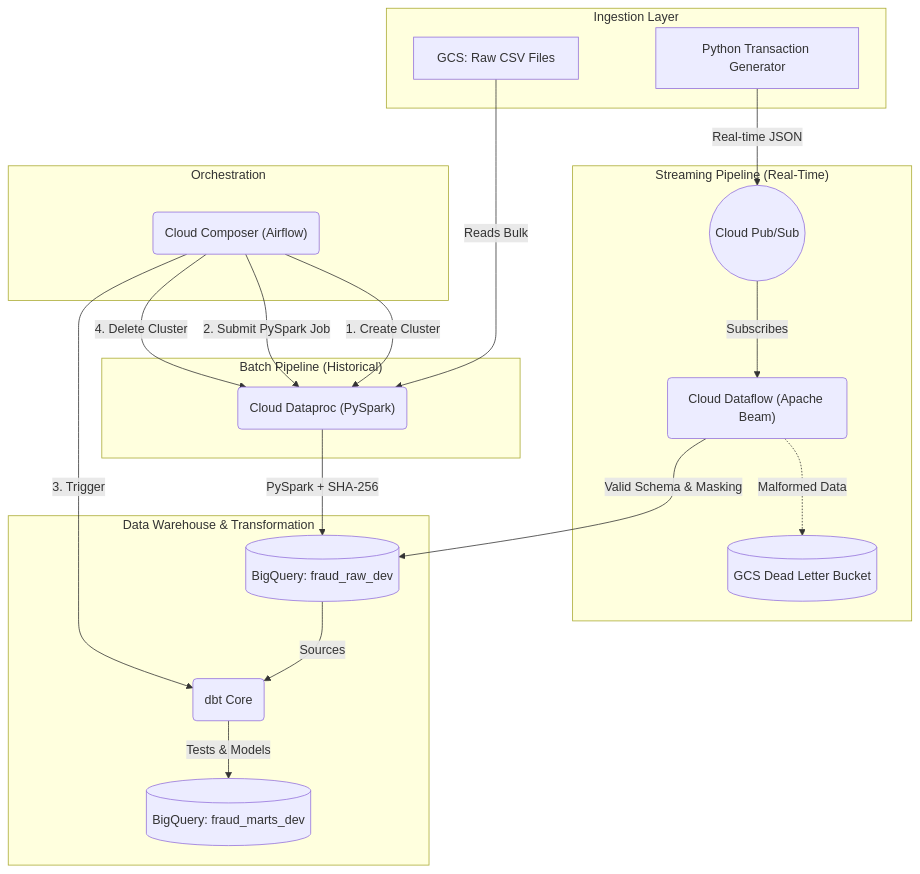
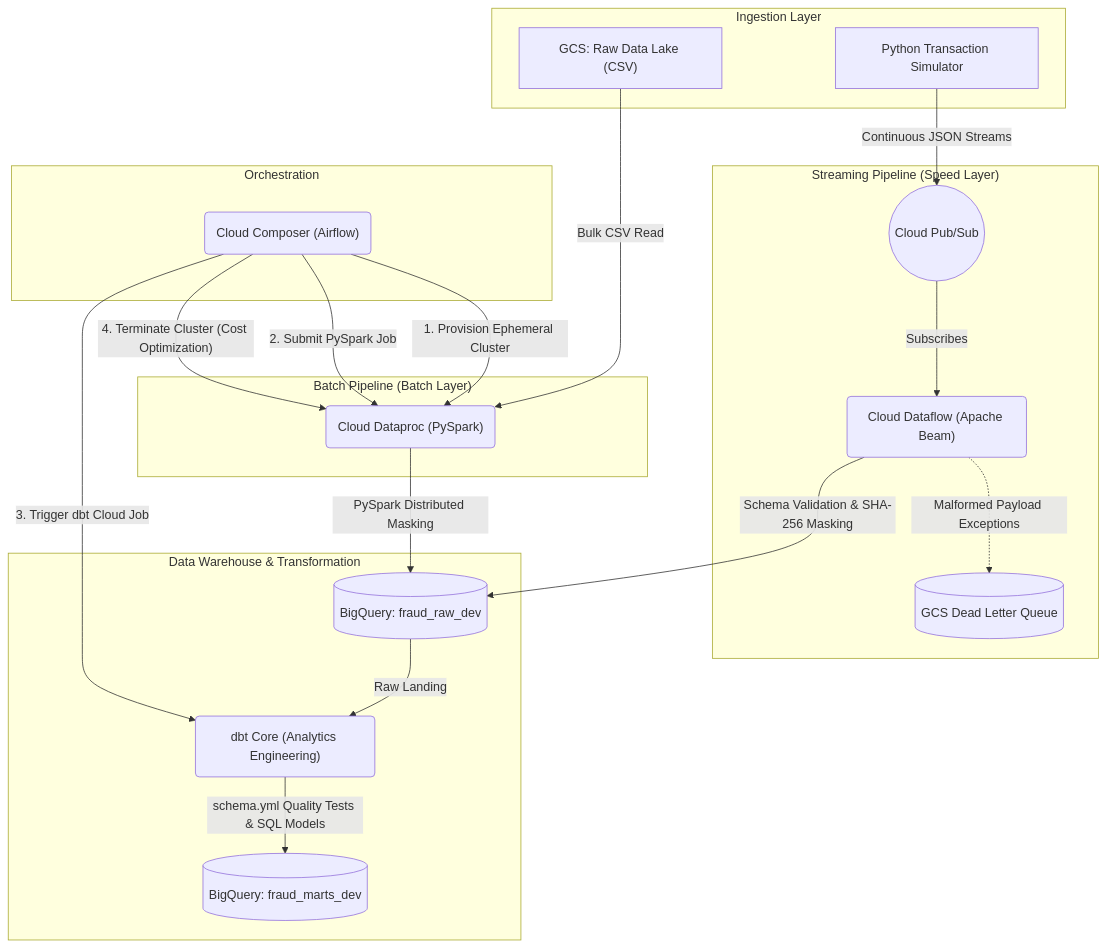
Before and after one commit to rishikesh199/gcp-fraud-detection-engine: the diagram in README.md, drawn with Mermaid. The commit also changed other lines of this file, not shown here.

````diff
--- a/README.md
+++ b/README.md
@@ -7,43 +14,43 @@
 ```mermaid
 flowchart TD
     subgraph "Ingestion Layer"
-        G["Python Transaction Generator"]
-        GCS["GCS: Raw CSV Files"]
+        G["Python Transaction Simulator"]
+        GCS["GCS: Raw Data Lake (CSV)"]
     end
 
-    subgraph "Streaming Pipeline (Real-Time)"
+    subgraph "Streaming Pipeline (Speed Layer)"
         PS(("Cloud Pub/Sub"))
         DF("Cloud Dataflow (Apache Beam)")
-        DLQ[("GCS Dead Letter Bucket")]
+        DLQ[("GCS Dead Letter Queue")]
     end
 
-    subgraph "Batch Pipeline (Historical)"
+    subgraph "Batch Pipeline (Batch Layer)"
         DP("Cloud Dataproc (PySpark)")
     end
 
     subgraph "Data Warehouse & Transformation"
         BQ_RAW[("BigQuery: fraud_raw_dev")]
-        DBT("dbt Core")
+        DBT("dbt Core (Analytics Engineering)")
         BQ_MART[("BigQuery: fraud_marts_dev")]
     end
 
     subgraph "Orchestration"
         CC("Cloud Composer (Airflow)")
     end
 
-    G -->|"Real-time JSON"| PS
+    G -->|"Continuous JSON Streams"| PS
     PS -->|"Subscribes"| DF
-    DF -->|"Valid Schema & Masking"| BQ_RAW
-    DF -.->|"Malformed Data"| DLQ
+    DF -->|"Schema Validation & SHA-256 Masking"| BQ_RAW
+    DF -.->|"Malformed Payload Exceptions"| DLQ
     
-    GCS -->|"Reads Bulk"| DP
-    DP -->|"PySpark + SHA-256"| BQ_RAW
+    GCS -->|"Bulk CSV Read"| DP
+    DP -->|"PySpark Distributed Masking"| BQ_RAW
     
-    BQ_RAW -->|"Sources"| DBT
-    DBT -->|"Tests & Models"| BQ_MART
+    BQ_RAW -->|"Raw Landing"| DBT
+    DBT -->|"schema.yml Quality Tests & SQL Models"| BQ_MART
     
-    CC -->|"1. Create Cluster"| DP
+    CC -->|"1. Provision Ephemeral Cluster"| DP
     CC -->|"2. Submit PySpark Job"| DP
-    CC -->|"3. Trigger"| DBT
-    CC -->|"4. Delete Cluster"| DP
+    CC -->|"3. Trigger dbt Cloud Job"| DBT
+    CC -->|"4. Terminate Cluster (Cost Optimization)"| DP
 ```
````
